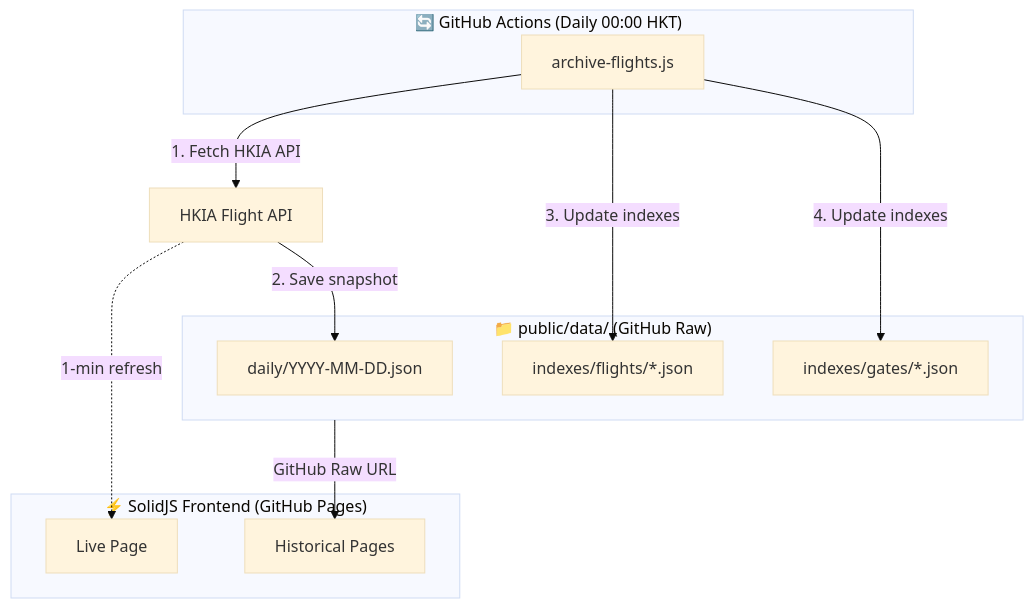
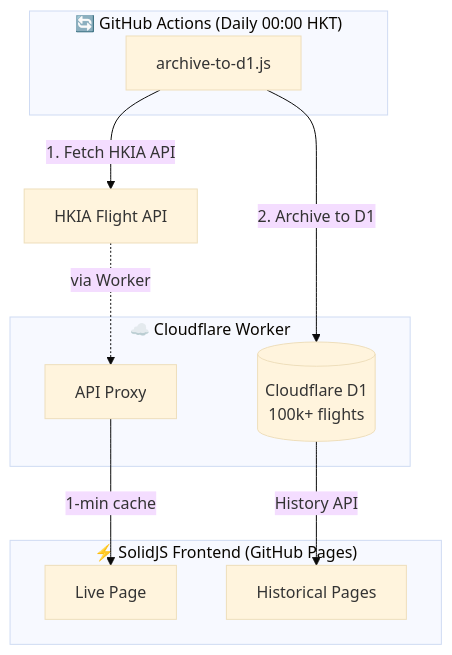
One commit to a06073123/hkg-flight-viewer changed the diagram in README.md. Above: the diagram before and after it, drawn with Mermaid (base theme). The commit also changed other lines of this file and 1 other file, not shown here.

First line of the commit message:
docs(migration): update D1 migration guide and architecture details

````diff
--- a/README.md
+++ b/README.md
@@ -27,25 +28,23 @@
 ```mermaid
 flowchart TB
     subgraph Actions["🔄 GitHub Actions (Daily 00:00 HKT)"]
-        Cron["archive-flights.js"]
+        Cron["archive-to-d1.js"]
     end
 
     Cron --> |"1. Fetch HKIA API"| API["HKIA Flight API"]
-    API --> |"2. Save snapshot"| Daily["daily/YYYY-MM-DD.json"]
-    Cron --> |"3. Update indexes"| IndexF["indexes/flights/*.json"]
-    Cron --> |"4. Update indexes"| IndexG["indexes/gates/*.json"]
+    Cron --> |"2. Archive to D1"| D1[("Cloudflare D1\n100k+ flights")]
 
-    subgraph Data["📁 public/data/ (GitHub Raw)"]
-        Daily
-        IndexF
-        IndexG
+    subgraph Worker["☁️ Cloudflare Worker"]
+        Proxy["API Proxy"]
+        D1
     end
 
     subgraph Frontend["⚡ SolidJS Frontend (GitHub Pages)"]
         Live["Live Page"]
         Historical["Historical Pages"]
     end
 
-    API -.-> |"1-min refresh"| Live
-    Data --> |"GitHub Raw URL"| Historical
+    API -.-> |"via Worker"| Proxy
+    Proxy --> |"1-min cache"| Live
+    D1 --> |"History API"| Historical
 ```
````
